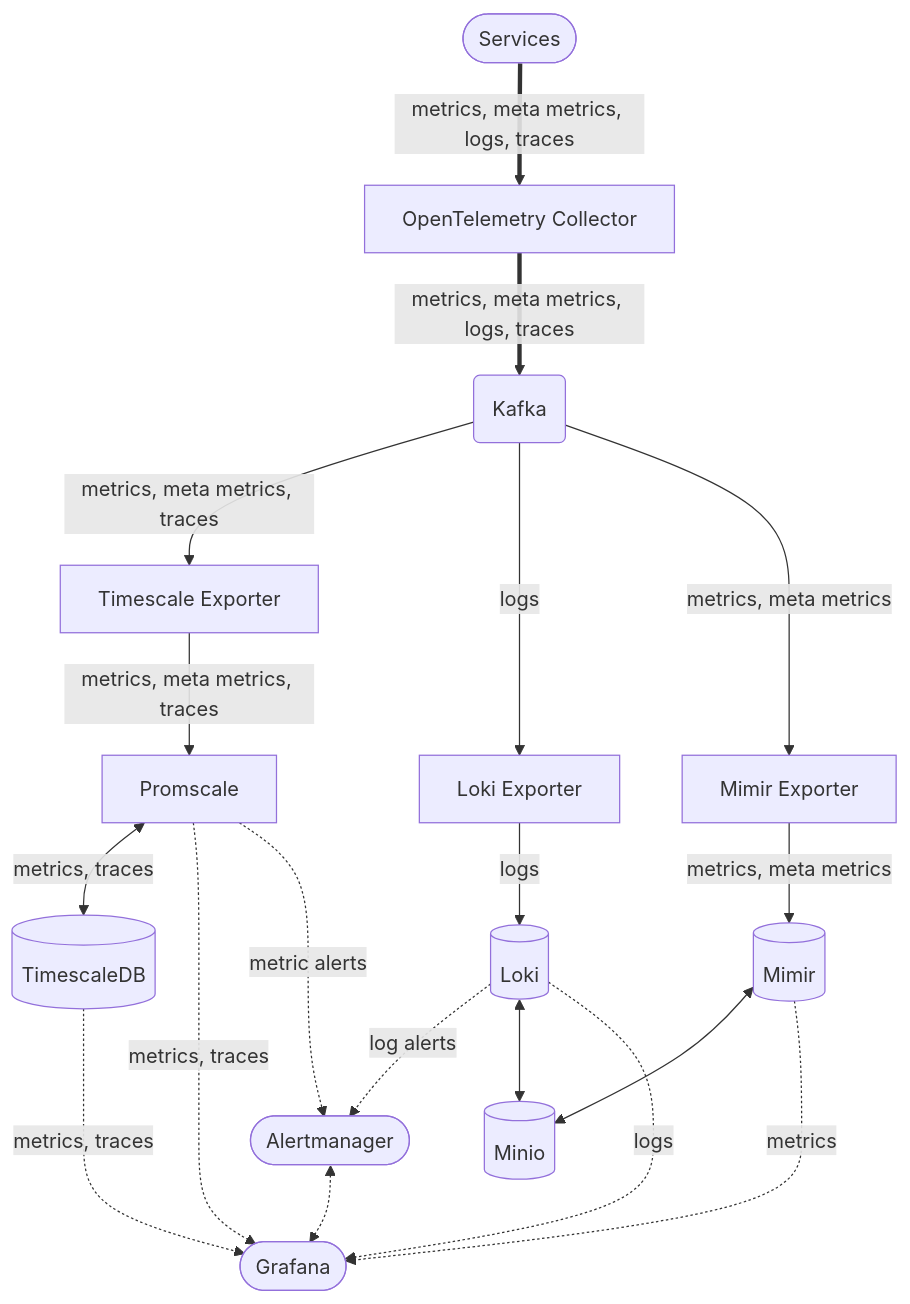
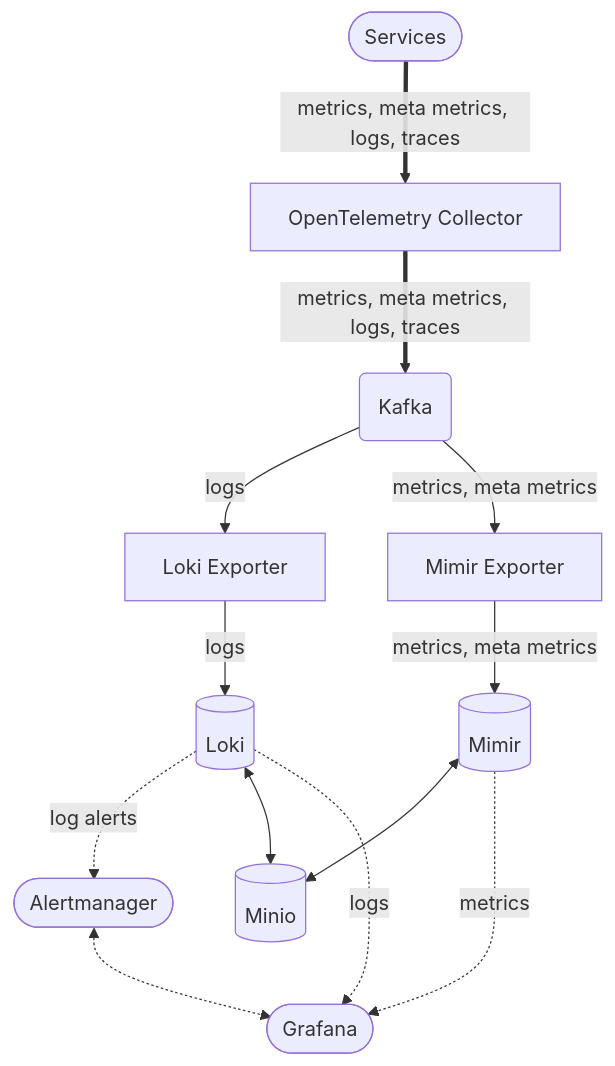
The diagram in README.md (lhns/otel-stack-swarm), drawn with Mermaid before and after one commit. The commit also changed 4 other files, not shown here.

````diff
--- a/README.md
+++ b/README.md
@@ -3,26 +3,20 @@
 ```mermaid
 flowchart TD
     services([Services])
     otel-collector[OpenTelemetry Collector]
     kafka(Kafka)
     s3[(Minio)]
-    timescale-exporter[Timescale Exporter]
-    promscale[Promscale]
-    timescaledb[(TimescaleDB)]
     alertmanager([Alertmanager])
     loki-exporter[Loki Exporter]
     loki[(Loki)]
     mimir-exporter[Mimir Exporter]
     mimir[(Mimir)]
     grafana([Grafana])
     services ==>|metrics, meta metrics, logs, traces| otel-collector ==>|metrics, meta metrics, logs, traces| kafka
     mimir <--> s3
-    promscale <-->|metrics, traces| timescaledb -..->|metrics, traces| grafana
-    kafka -->|metrics, meta metrics, traces| timescale-exporter -->|metrics, meta metrics, traces| promscale -.->|metrics, traces| grafana
     loki -.->|log alerts| alertmanager
     loki <--> s3
-    promscale -.->|metric alerts| alertmanager
     alertmanager <-.-> grafana
     kafka -->|logs| loki-exporter -->|logs| loki -.->|logs| grafana
     kafka -->|metrics, meta metrics| mimir-exporter -->|metrics, meta metrics| mimir -.->|metrics| grafana
 ```
````
